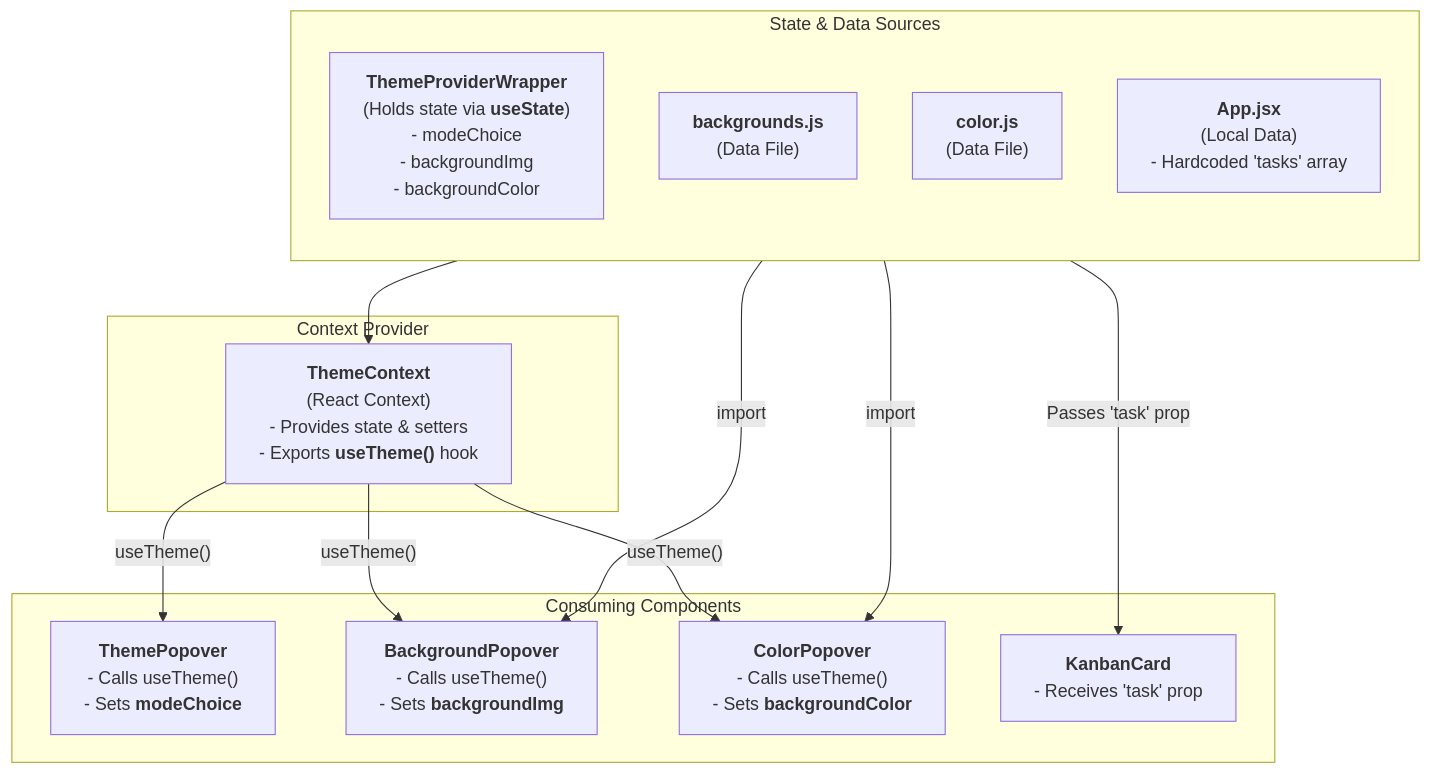
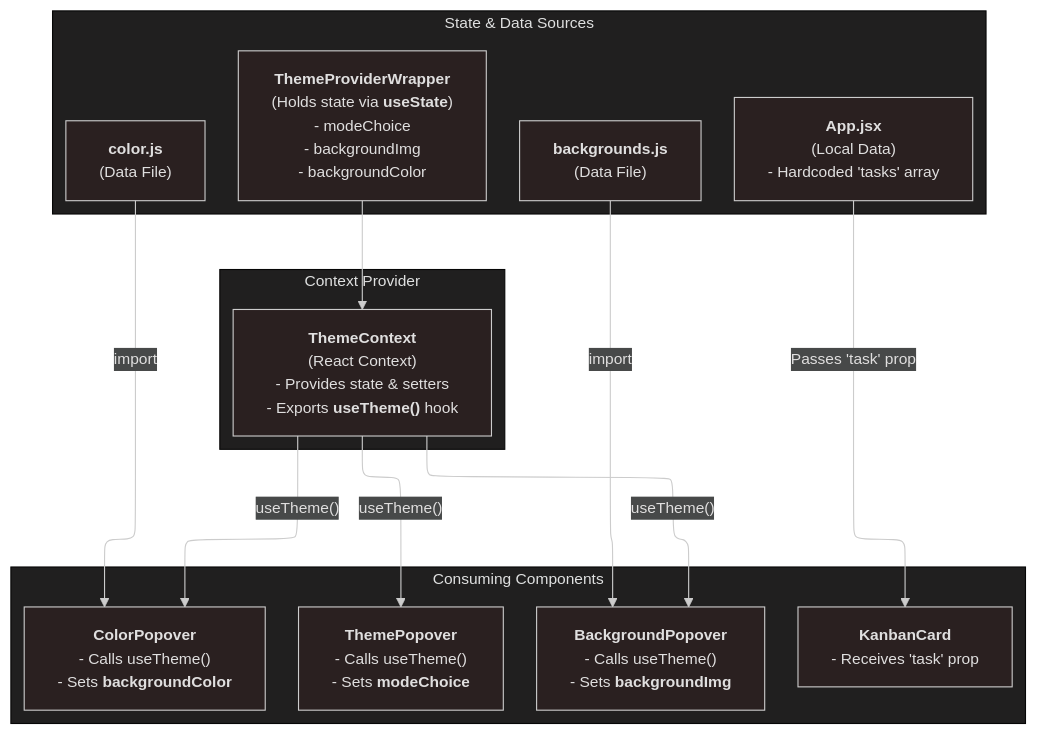
Before and after one commit to sahilVishnaniLog/glassmorphicDisplay: the diagram in flowchart TD.mmd, drawn with Mermaid. The commit also changed 9 other files, not shown here.

```diff
--- a/flowchart TD.mmd
+++ b/flowchart TD.mmd
@@ -1,28 +1,29 @@
-flowchart TD
-    subgraph "State & Data Sources"
-        direction TB
-        A["<b>ThemeProviderWrapper</b><br/>(Holds state via <b>useState</b>)<br/>- modeChoice<br/>- backgroundImg<br/>- backgroundColor"]
-        B["<b>backgrounds.js</b><br/>(Data File)"]
-        C["<b>color.js</b><br/>(Data File)"]
-        D["<b>App.jsx</b><br/>(Local Data)<br/>- Hardcoded 'tasks' array"]
-    end
-
-    subgraph "Context Provider"
-        P["<b>ThemeContext</b><br/>(React Context)<br/>- Provides state & setters<br/>- Exports <b>useTheme()</b> hook"]
-    end
-
-    subgraph "Consuming Components"
-        H["<b>ThemePopover</b><br/>- Calls useTheme()<br/>- Sets <b>modeChoice</b>"]
-        I["<b>BackgroundPopover</b><br/>- Calls useTheme()<br/>- Sets <b>backgroundImg</b>"]
-        J["<b>ColorPopover</b><br/>- Calls useTheme()<br/>- Sets <b>backgroundColor</b>"]
-        K["<b>KanbanCard</b><br/>- Receives 'task' prop"]
-    end
-    
-    A --> P;
-    P -- "useTheme()" --> H;
-    P -- "useTheme()" --> I;
-    P -- "useTheme()" --> J;
-    
-    B -- "import" --> I;
-    C -- "import" --> J;
-    D -- "Passes 'task' prop" --> K;
+---
+config:
+  theme: neo-dark
+  layout: elk
+---
+flowchart TB
+ subgraph subGraph0["State & Data Sources"]
+    direction TB
+        A["<b>ThemeProviderWrapper</b><br>(Holds state via <b>useState</b>)<br>- modeChoice<br>- backgroundImg<br>- backgroundColor"]
+        B["<b>backgrounds.js</b><br>(Data File)"]
+        C["<b>color.js</b><br>(Data File)"]
+        D@{ label: "<b>App.jsx</b><br>(Local Data)<br>- Hardcoded 'tasks' array" }
+  end
+ subgraph subGraph1["Context Provider"]
+        P["<b>ThemeContext</b><br>(React Context)<br>- Provides state &amp; setters<br>- Exports <b>useTheme()</b> hook"]
+  end
+ subgraph subGraph2["Consuming Components"]
+        H["<b>ThemePopover</b><br>- Calls useTheme()<br>- Sets <b>modeChoice</b>"]
+        I["<b>BackgroundPopover</b><br>- Calls useTheme()<br>- Sets <b>backgroundImg</b>"]
+        J["<b>ColorPopover</b><br>- Calls useTheme()<br>- Sets <b>backgroundColor</b>"]
+        K@{ label: "<b>KanbanCard</b><br>- Receives 'task' prop" }
+  end
+    A --> P
+    P -- useTheme() --> H & I & J
+    B -- import --> I
+    C -- import --> J
+    D -- Passes 'task' prop --> K
+    D@{ shape: rect}
+    K@{ shape: rect}
```
